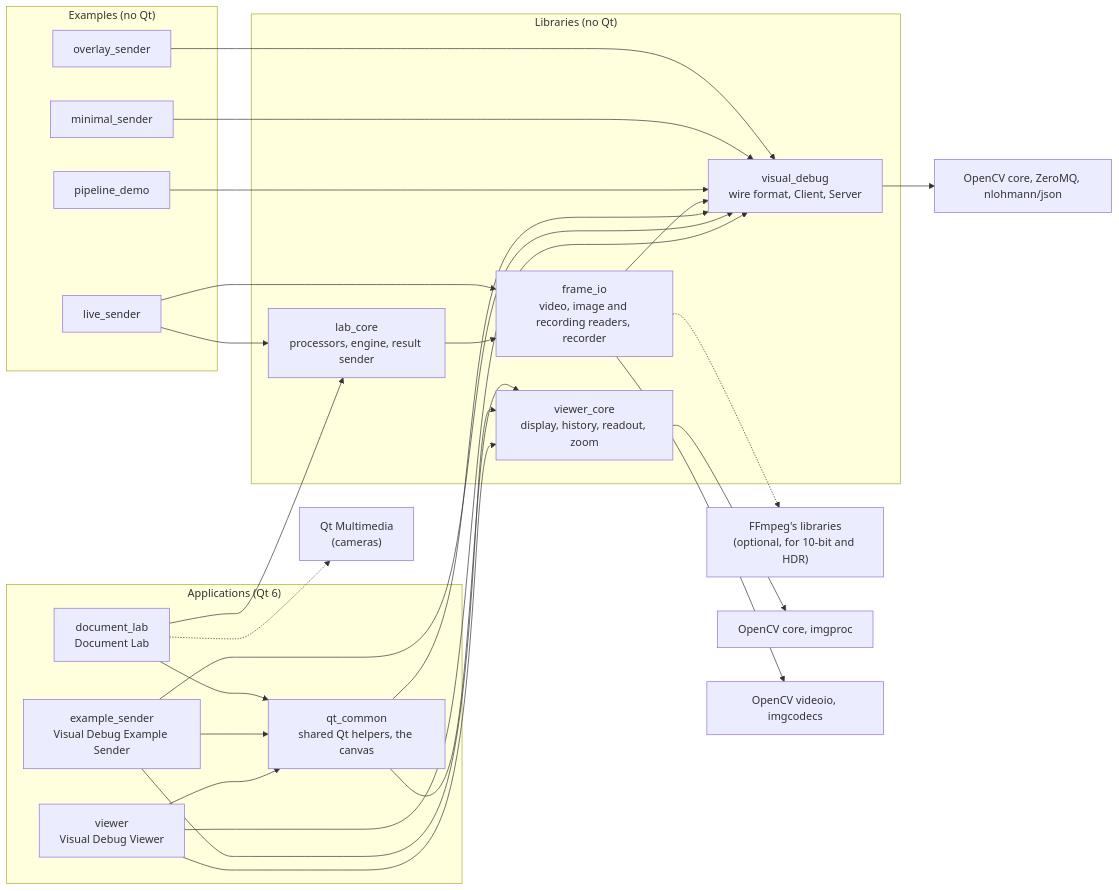
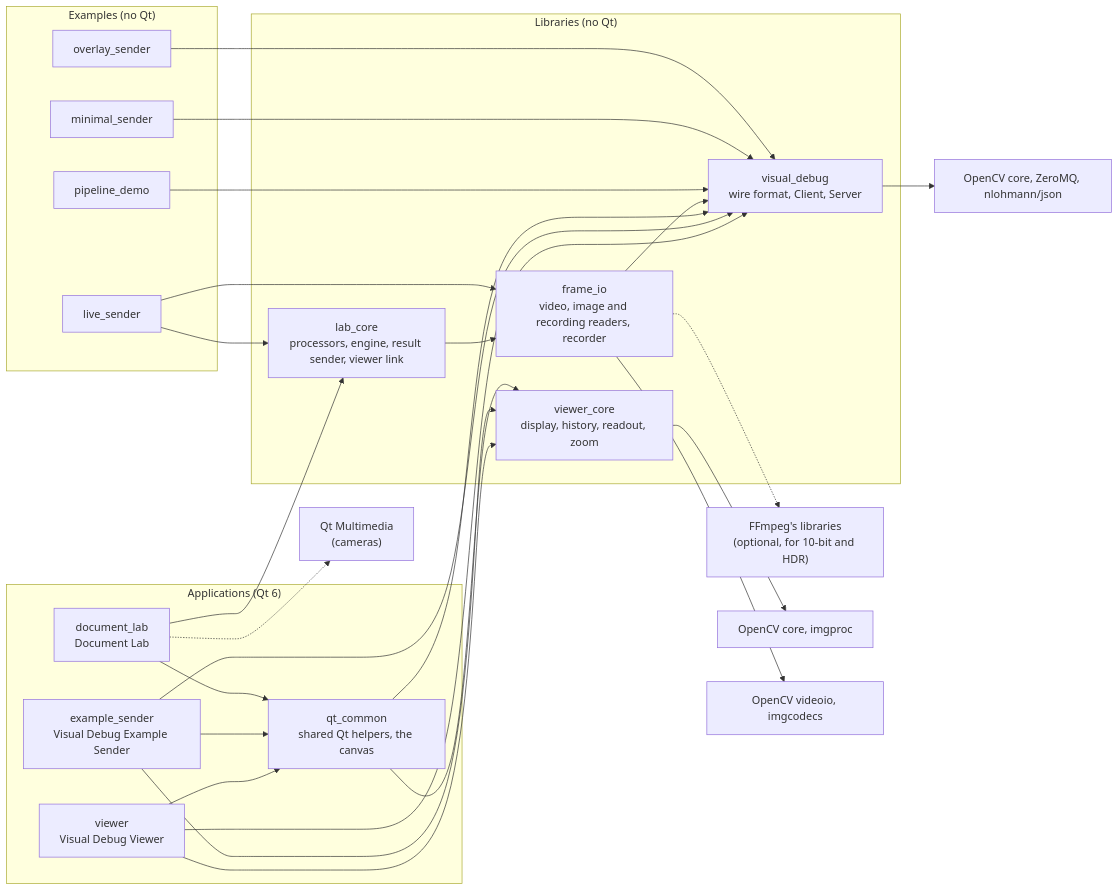
One commit to mbuster8/id-vision-lab changed the first of 3 diagrams in docs/architecture.md. Above: the diagram before and after it, drawn with Mermaid. The commit also changed other lines of this file and 3 other files, not shown here.

First line of the commit message:
docs: the lab's controls, the viewer link, seeking, and the ping and end messages

````diff
--- a/docs/architecture.md
+++ b/docs/architecture.md
@@ -15,43 +15,43 @@
 ```mermaid
 flowchart LR
     subgraph apps["Applications (Qt 6)"]
         viewer["viewer<br/>Visual Debug Viewer"]
         sender["example_sender<br/>Visual Debug Example Sender"]
         lab["document_lab<br/>Document Lab"]
         qtcommon["qt_common<br/>shared Qt helpers, the canvas"]
     end
     subgraph examples["Examples (no Qt)"]
         pipeline["pipeline_demo"]
         minimal["minimal_sender"]
         overlay["overlay_sender"]
         live["live_sender"]
     end
     subgraph libs["Libraries (no Qt)"]
         vd["visual_debug<br/>wire format, Client, Server"]
         vc["viewer_core<br/>display, history, readout, zoom"]
         fio["frame_io<br/>video, image and recording readers, recorder"]
-        lc["lab_core<br/>processors, engine, result sender"]
+        lc["lab_core<br/>processors, engine, result sender, viewer link"]
     end
     viewer --> qtcommon
     sender --> qtcommon
     lab --> qtcommon
     lab --> lc
     lab -.-> qtmm["Qt Multimedia<br/>(cameras)"]
     viewer --> vd
     viewer --> vc
     sender --> vd
     sender --> vc
     qtcommon --> vd
     qtcommon --> vc
     lc --> fio
     fio --> vd
     pipeline --> vd
     minimal --> vd
     overlay --> vd
     live --> lc
     live --> fio
     fio -.-> ffmpeg["FFmpeg's libraries<br/>(optional, for 10-bit and HDR)"]
     vd --> deps1["OpenCV core, ZeroMQ, nlohmann/json"]
     vc --> deps2["OpenCV core, imgproc"]
     fio --> deps3["OpenCV videoio, imgcodecs"]
 ```
````
